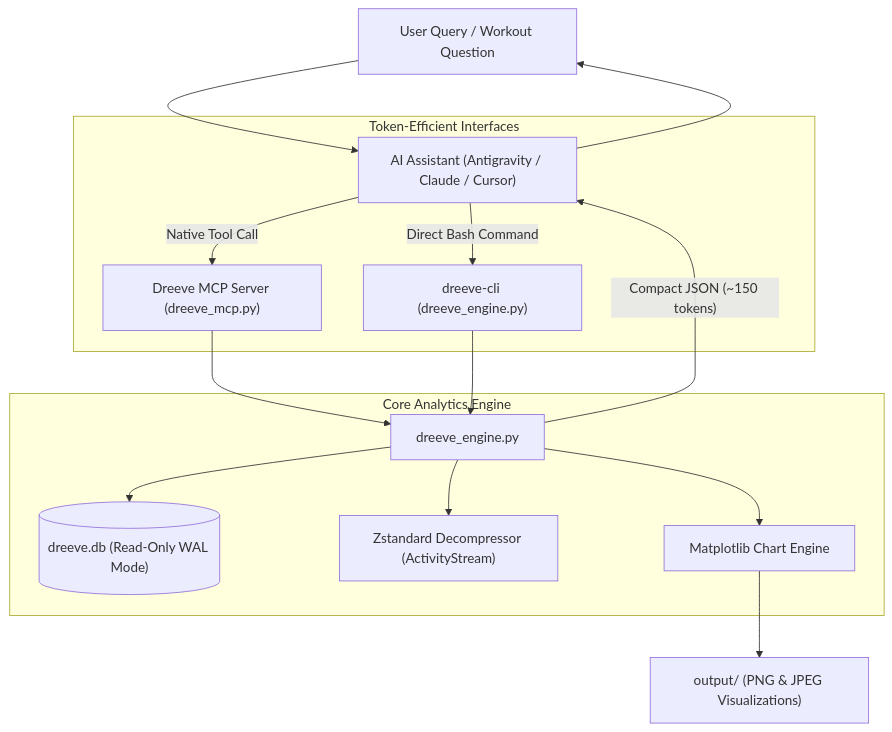
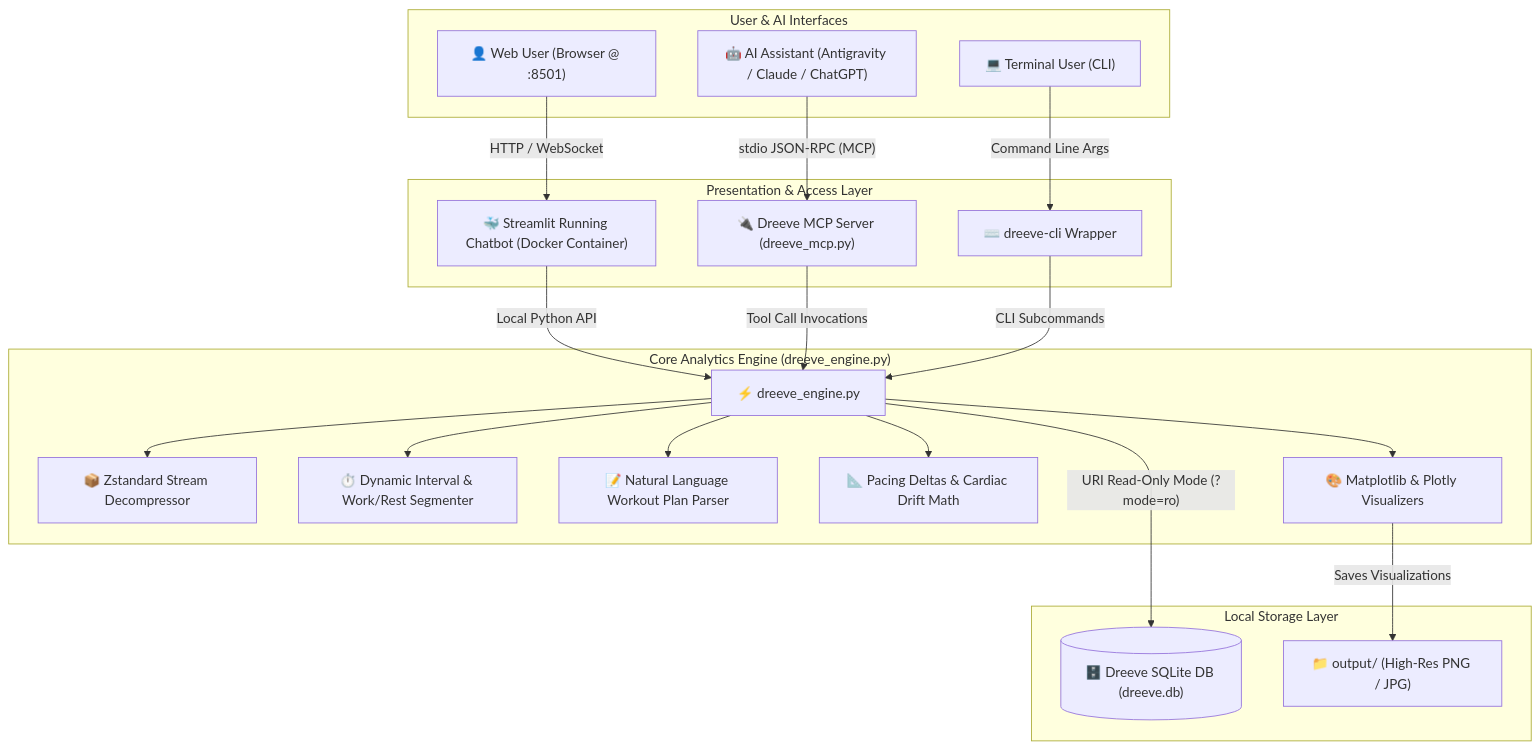
The diagram in README.md (JournalKenobi11/RunTAG), drawn with Mermaid before and after one commit. The commit also changed other lines of this file, not shown here.

Commit message:
Update README with complete suite architecture, interval engine, and Docker chatbot docs

````diff
--- a/README.md
+++ b/README.md
@@ -15,21 +17,31 @@
 ```mermaid
 flowchart TD
-    User["User Query / Workout Question"] --> Agent["AI Assistant (Antigravity / Claude / Cursor)"]
-    
-    subgraph Interfaces["Token-Efficient Interfaces"]
-        Agent -->|"Native Tool Call"| MCP["Dreeve MCP Server (dreeve_mcp.py)"]
-        Agent -->|"Direct Bash Command"| CLI["dreeve-cli (dreeve_engine.py)"]
+    subgraph Clients["User & AI Interfaces"]
+        Browser["👤 Web User (Browser @ :8501)"]
+        Agent["🤖 AI Assistant (Antigravity / Claude / ChatGPT)"]
+        Terminal["💻 Terminal User (CLI)"]
     end
-    
-    subgraph CoreEngine["Core Analytics Engine"]
-        MCP --> Engine["dreeve_engine.py"]
-        CLI --> Engine
-        Engine --> SQLite[("dreeve.db (Read-Only WAL Mode)")]
-        Engine --> Decompressor["Zstandard Decompressor (ActivityStream)"]
-        Engine --> Visualizer["Matplotlib Chart Engine"]
+
+    subgraph PresentationLayer["Presentation & Access Layer"]
+        Browser -->|"HTTP / WebSocket"| DockerChat["🐳 Streamlit Running Chatbot (Docker Container)"]
+        Agent -->|"stdio JSON-RPC (MCP)"| MCPServer["🔌 Dreeve MCP Server (dreeve_mcp.py)"]
+        Terminal -->|"Command Line Args"| CLI["⌨️ dreeve-cli Wrapper"]
     end
-    
-    Visualizer --> OutputDir["output/ (PNG & JPEG Visualizations)"]
-    Engine -->|"Compact JSON (~150 tokens)"| Agent
-    Agent --> User
+
+    subgraph CoreEngine["Core Analytics Engine (dreeve_engine.py)"]
+        DockerChat -->|"Local Python API"| Engine["⚡ dreeve_engine.py"]
+        MCPServer -->|"Tool Call Invocations"| Engine
+        CLI -->|"CLI Subcommands"| Engine
+
+        Engine --> StreamDecompressor["📦 Zstandard Stream Decompressor"]
+        Engine --> IntervalDetector["⏱️ Dynamic Interval & Work/Rest Segmenter"]
+        Engine --> PlanParser["📝 Natural Language Workout Plan Parser"]
+        Engine --> MathStats["📐 Pacing Deltas & Cardiac Drift Math"]
+        Engine --> ChartGen["🎨 Matplotlib & Plotly Visualizers"]
+    end
+
+    subgraph DataStorage["Local Storage Layer"]
+        Engine -->|"URI Read-Only Mode (?mode=ro)"| SQLite[("🗄️ Dreeve SQLite DB (dreeve.db)")]
+        ChartGen -->|"Saves Visualizations"| OutputDir["📁 output/ (High-Res PNG / JPG)"]
+    end
 ```
````
